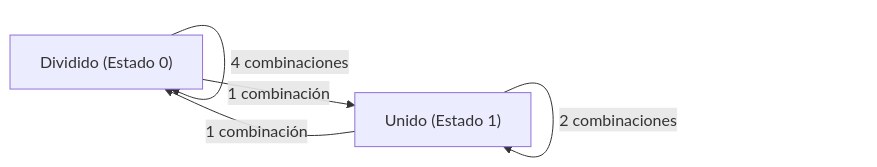
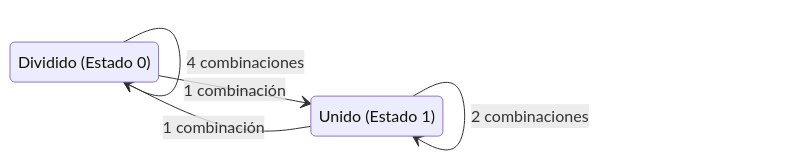
One commit to KaarLarax/CPC_UAEH_Documentation changed the diagram in 2026/Campamento_Primavera_2026/Concurso_de_cierre/l_panal.md. Above: the diagram before and after it, drawn with Mermaid.

Commit message:
Update flowchart syntax in l_panal.md

````diff
--- a/2026/Campamento_Primavera_2026/Concurso_de_cierre/l_panal.md
+++ b/2026/Campamento_Primavera_2026/Concurso_de_cierre/l_panal.md
@@ -92,10 +92,12 @@
 ```mermaid
-flowchart LR
-    D["Dividido (Estado 0)"]
-    U["Unido (Estado 1)"]
+stateDiagram-v2
+    direction LR
+    
+    state "Dividido (Estado 0)" as D
+    state "Unido (Estado 1)" as U
 
-    D -->|4 combinaciones| D
-    U -->|1 combinación| D
-    D -->|1 combinación| U
-    U -->|2 combinaciones| U
+    D --> D : 4 combinaciones
+    U --> D : 1 combinación
+    D --> U : 1 combinación
+    U --> U : 2 combinaciones
 ```
````
